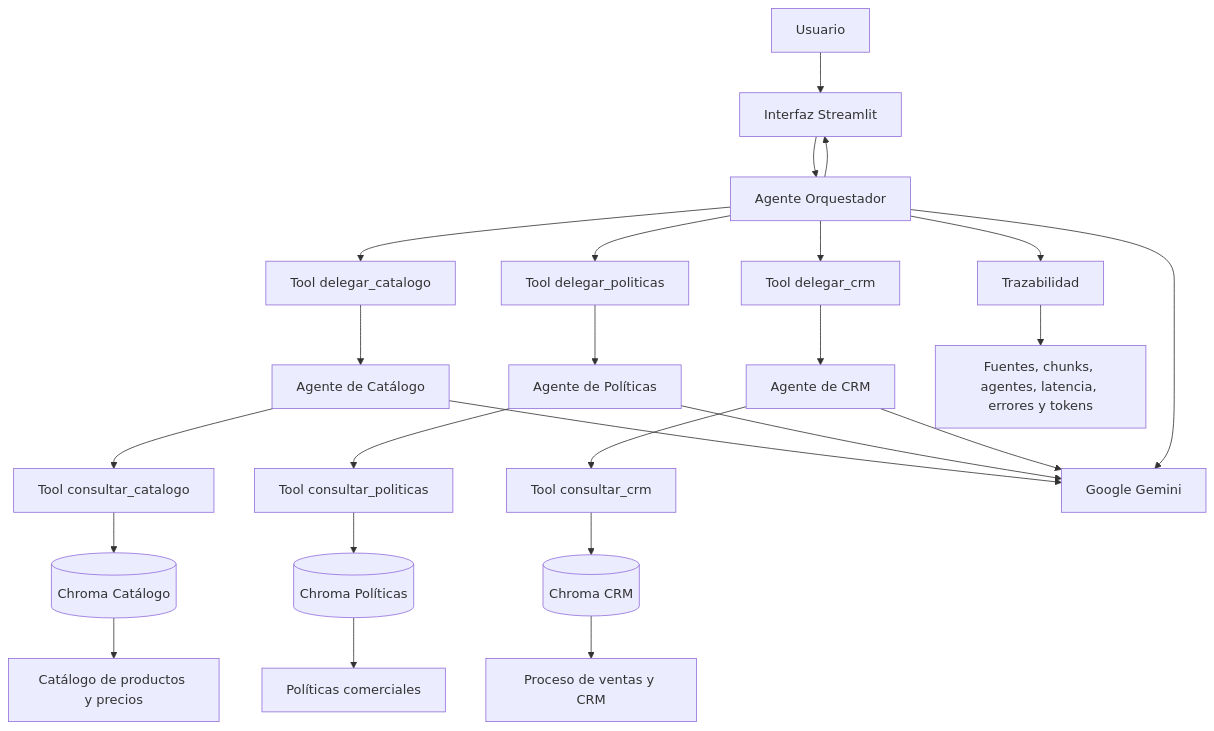
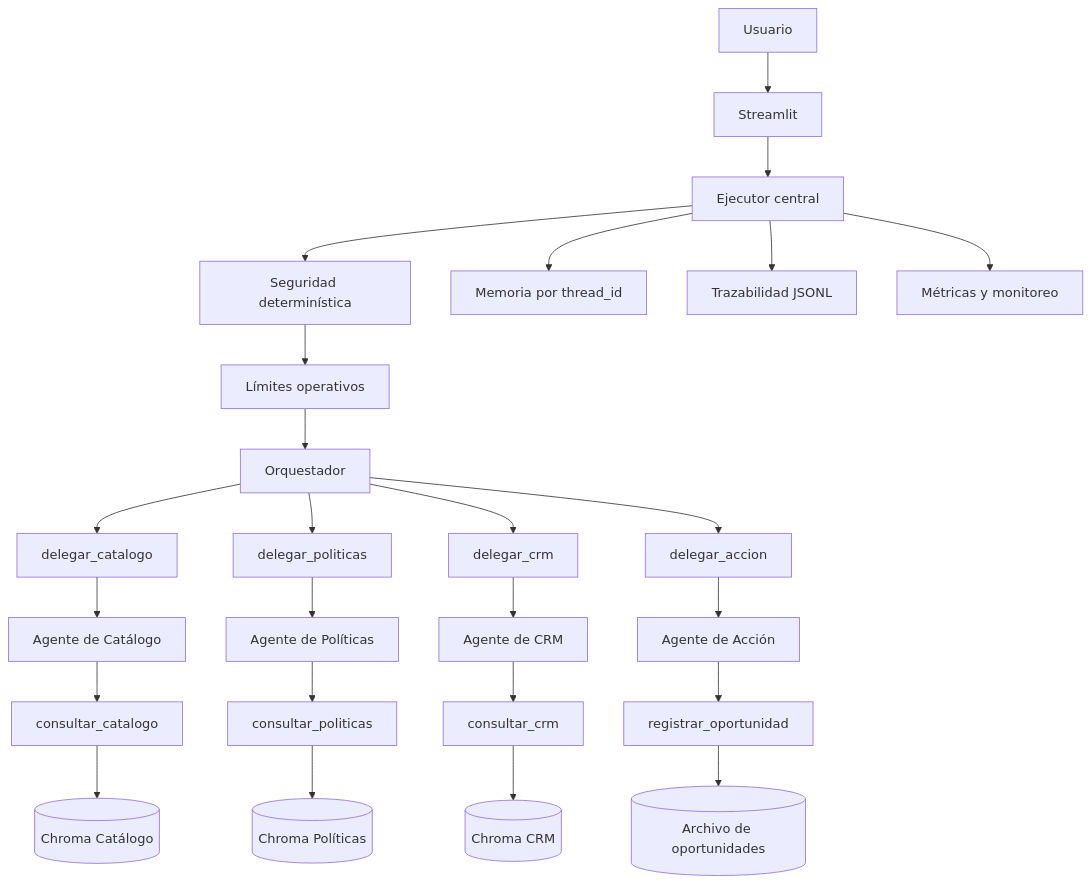
One commit to DarkorZ/ProyectoFinal_IA_Netlife changed the diagram in AgentePatito_sa/README.md. Above: the diagram before and after it, drawn with Mermaid. The commit also changed other lines of this file and 27 other files, not shown here.

Commit message:
Finalizacion del proyecto y Bloque 8, interfaz de streamlit funcional- Agente funcional

````diff
--- a/AgentePatito_sa/README.md
+++ b/AgentePatito_sa/README.md
@@ -512,36 +204,33 @@
 ```mermaid
 flowchart TD
-    U[Usuario] --> UI[Interfaz Streamlit]
+    U[Usuario] --> UI[Streamlit]
+    UI --> E[Ejecutor central]
 
-    UI --> O[Agente Orquestador]
+    E --> S[Seguridad determinística]
+    S --> L[Límites operativos]
+    L --> O[Orquestador]
 
-    O --> DC[Tool delegar_catalogo]
-    O --> DP[Tool delegar_politicas]
-    O --> DR[Tool delegar_crm]
+    O --> DC[delegar_catalogo]
+    O --> DP[delegar_politicas]
+    O --> DR[delegar_crm]
+    O --> DA[delegar_accion]
 
     DC --> AC[Agente de Catálogo]
     DP --> AP[Agente de Políticas]
     DR --> AR[Agente de CRM]
+    DA --> AA[Agente de Acción]
 
-    AC --> TC[Tool consultar_catalogo]
-    AP --> TP[Tool consultar_politicas]
-    AR --> TR[Tool consultar_crm]
+    AC --> TC[consultar_catalogo]
+    AP --> TP[consultar_politicas]
+    AR --> TR[consultar_crm]
+    AA --> TO[registrar_oportunidad]
 
     TC --> VC[(Chroma Catálogo)]
     TP --> VP[(Chroma Políticas)]
     TR --> VR[(Chroma CRM)]
+    TO --> AO[(Archivo de oportunidades)]
 
-    VC --> DOC1[Catálogo de productos y precios]
-    VP --> DOC2[Políticas comerciales]
-    VR --> DOC3[Proceso de ventas y CRM]
-
-    AC --> G[Google Gemini]
-    AP --> G
-    AR --> G
-    O --> G
-
-    O --> T[Trazabilidad]
-    T --> M[Fuentes, chunks, agentes, latencia, errores y tokens]
-
-    O --> UI
+    E --> M[Memoria por thread_id]
+    E --> T[Trazabilidad JSONL]
+    E --> MON[Métricas y monitoreo]
 ```
````
